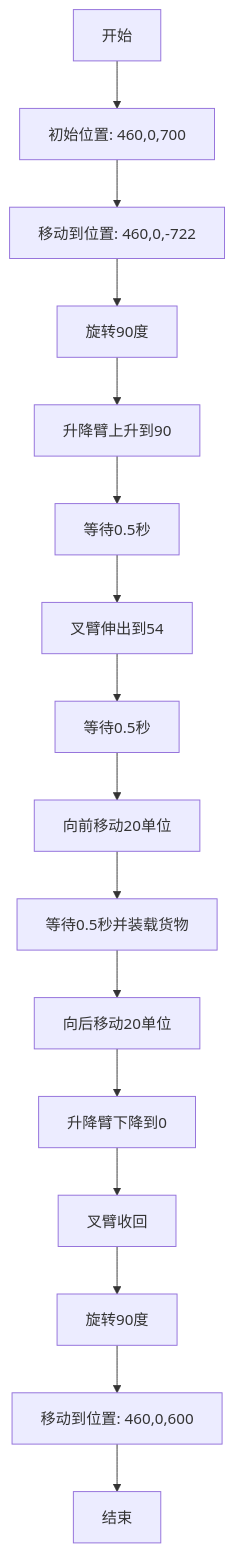
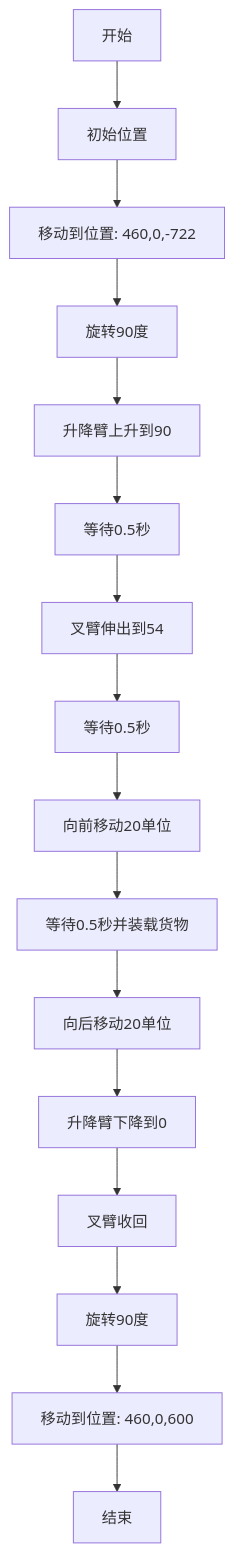
One commit to Mrmilu212/iodraw-files changed the diagram in all/未命名-1.md. Above: the diagram before and after it, drawn with Mermaid.

Commit message:
2025-05-20 14:21:35 update

````diff
--- a/all/未命名-1.md
+++ b/all/未命名-1.md
@@ -1,18 +1,18 @@
 ```mermaid
 graph TD
-    A[开始] --> B[初始位置: 460,0,700]
+    A[开始] --> B[初始位置]
     B --> C[移动到位置: 460,0,-722]
     C --> D[旋转90度]
     D --> E[升降臂上升到90]
     E --> F[等待0.5秒]
     F --> G[叉臂伸出到54]
     G --> H[等待0.5秒]
     H --> I[向前移动20单位]
     I --> J[等待0.5秒并装载货物]
     J --> K[向后移动20单位]
     K --> L[升降臂下降到0]
     L --> M[叉臂收回]
     M --> N[旋转90度]
     N --> O[移动到位置: 460,0,600]
     O --> P[结束]
 ```
````
